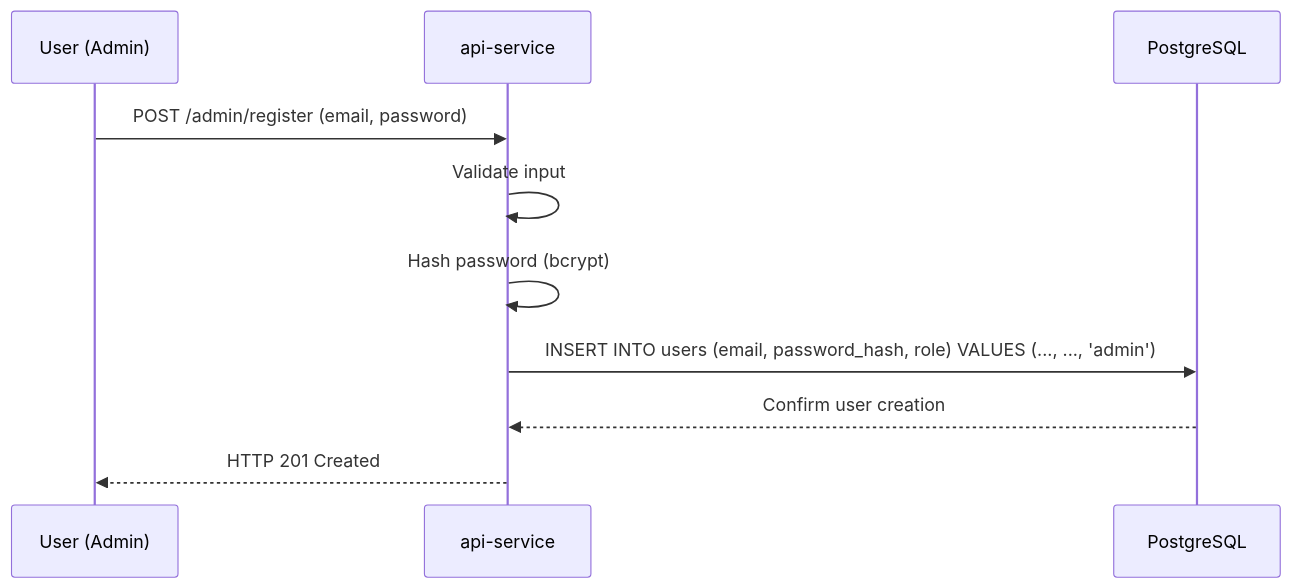
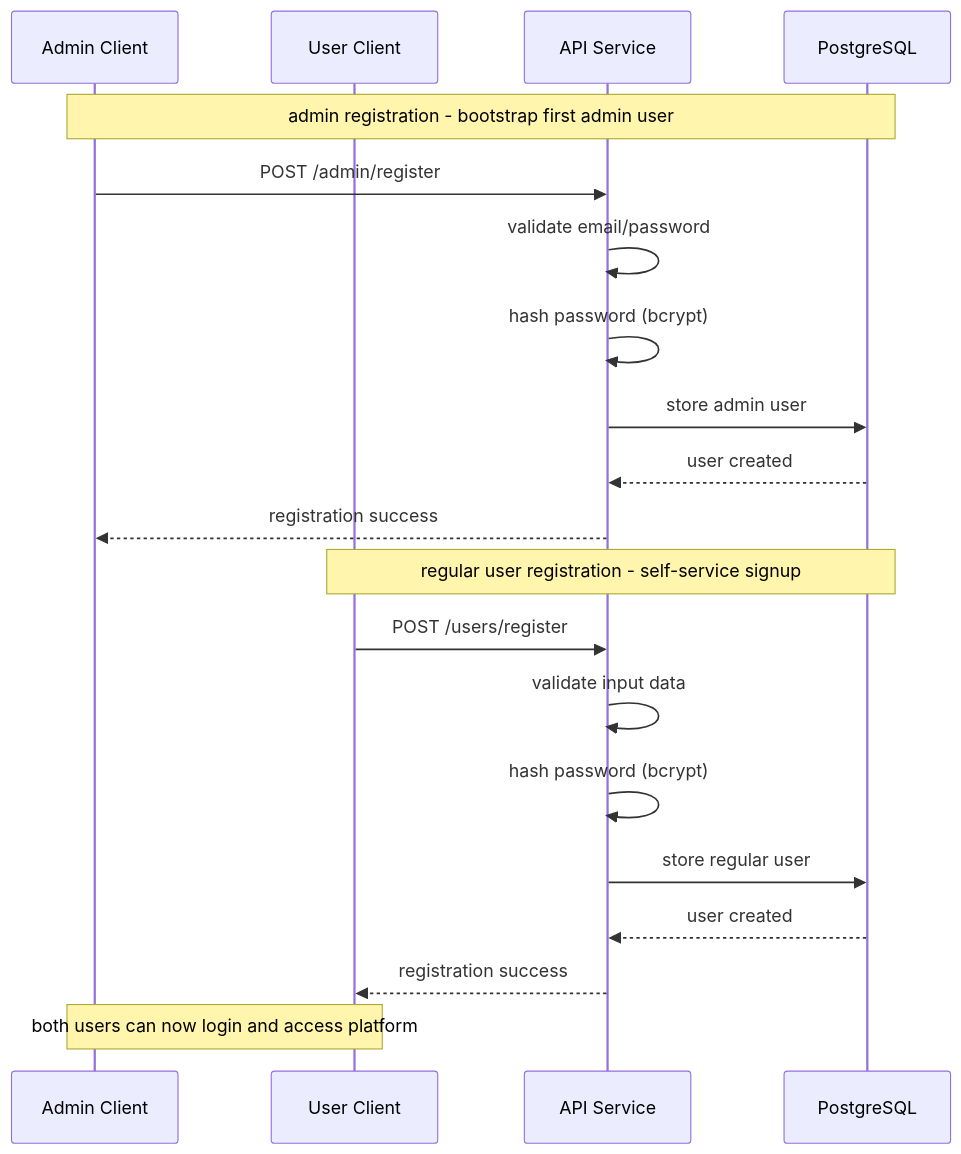
Before and after one commit to c3llus/watch-party: the diagram in docs/sequence-diagram/1-admin-and-user-registration.mermaid, drawn with Mermaid. The commit also changed 10 other files, not shown here.

Commit message:
chore(docs): updated erd and sequence diagram to match the current latest version

```diff
--- a/docs/sequence-diagram/1-admin-and-user-registration.mermaid
+++ b/docs/sequence-diagram/1-admin-and-user-registration.mermaid
@@ -1,11 +1,25 @@
 sequenceDiagram
-    participant U as User (Admin)
-    participant API as api-service
+    participant Admin as Admin Client
+    participant User as User Client
+    participant API as API Service
     participant DB as PostgreSQL
 
-    U->>API: POST /admin/register (email, password)
-    API->>API: Validate input
-    API->>API: Hash password (bcrypt)
-    API->>DB: INSERT INTO users (email, password_hash, role) VALUES (..., ..., 'admin')
-    DB-->>API: Confirm user creation
-    API-->>U: HTTP 201 Created
+    Note over Admin, DB: admin registration - bootstrap first admin user
+
+    Admin->>API: POST /admin/register
+    API->>API: validate email/password
+    API->>API: hash password (bcrypt)
+    API->>DB: store admin user
+    DB-->>API: user created
+    API-->>Admin: registration success
+
+    Note over User, DB: regular user registration - self-service signup
+
+    User->>API: POST /users/register  
+    API->>API: validate input data
+    API->>API: hash password (bcrypt)
+    API->>DB: store regular user
+    DB-->>API: user created
+    API-->>User: registration success
+
+    Note over Admin, User: both users can now login and access platform
```
